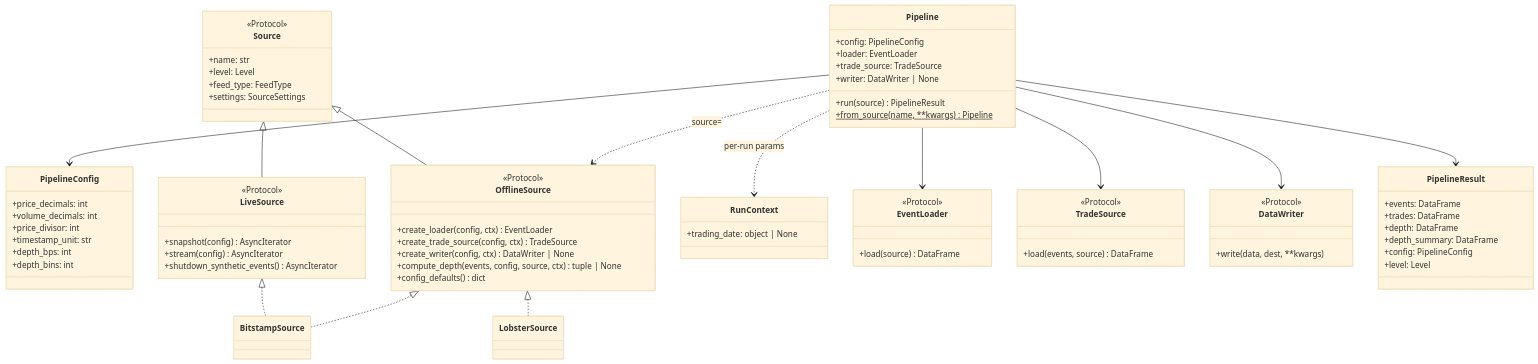
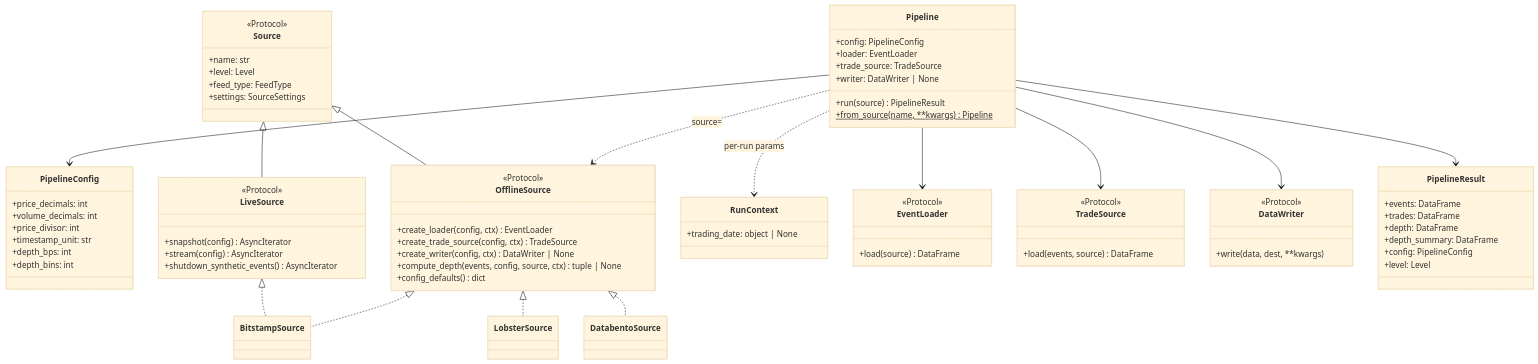
Before and after one commit to mczielinski/ob-analytics: the diagram in ARCHITECTURE.md, drawn with Mermaid (base theme). The commit also changed other lines of this file and 14 other files, not shown here.

````diff
--- a/ARCHITECTURE.md
+++ b/ARCHITECTURE.md
@@ -150,6 +150,7 @@
 
     class BitstampSource
     class LobsterSource
+    class DatabentoSource
 
     class EventLoader {
         <<Protocol>>
@@ -185,4 +186,5 @@
     OfflineSource <|.. BitstampSource
     LiveSource <|.. BitstampSource
     OfflineSource <|.. LobsterSource
+    OfflineSource <|.. DatabentoSource
 ```
````
